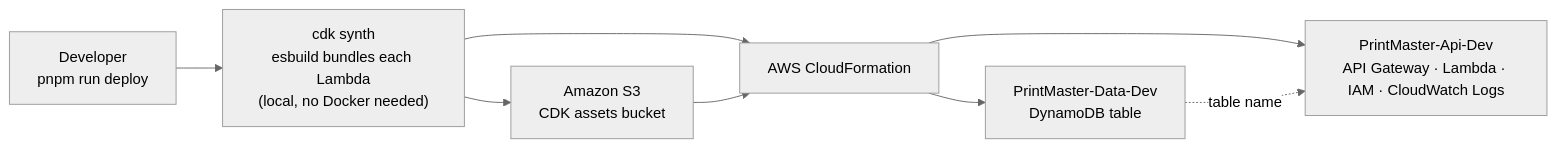
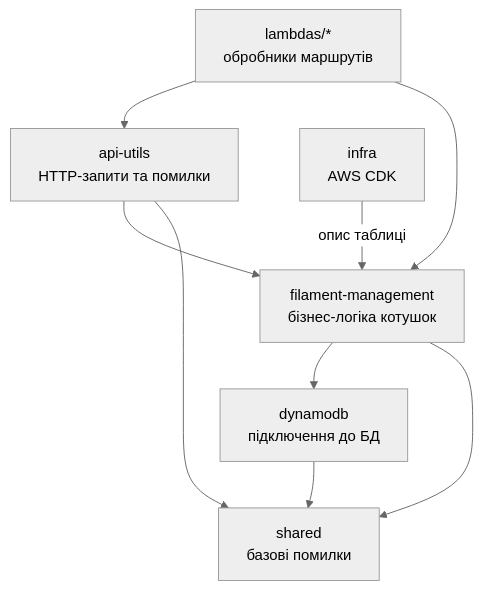
Before and after one commit to Dmytrych/printmaster: the second of 2 diagrams in README.md, drawn with Mermaid (neutral theme). The commit also changed other lines of this file, not shown here.

````diff
--- a/README.md
+++ b/README.md
@@ -318,10 +135,18 @@
 ```mermaid
-flowchart LR
-    dev["Developer<br/>pnpm run deploy"] --> synth["cdk synth<br/>esbuild bundles each Lambda<br/>(local, no Docker needed)"]
-    synth --> s3["Amazon S3<br/>CDK assets bucket"]
-    synth --> cfn["AWS CloudFormation"]
-    s3 --> cfn
-    cfn --> data["PrintMaster-Data-Dev<br/>DynamoDB table"]
-    cfn --> apiS["PrintMaster-Api-Dev<br/>API Gateway · Lambda · IAM · CloudWatch Logs"]
-    data -. "table name" .-> apiS
+flowchart TD
+    L["lambdas/*<br/>обробники маршрутів"]
+    API["api-utils<br/>HTTP-запити та помилки"]
+    FM["filament-management<br/>бізнес-логіка котушок"]
+    DDB["dynamodb<br/>підключення до БД"]
+    SH["shared<br/>базові помилки"]
+    INFRA["infra<br/>AWS CDK"]
+
+    L --> API
+    L --> FM
+    API --> FM
+    FM --> DDB
+    FM --> SH
+    API --> SH
+    DDB --> SH
+    INFRA -- "опис таблиці" --> FM
 ```
````
